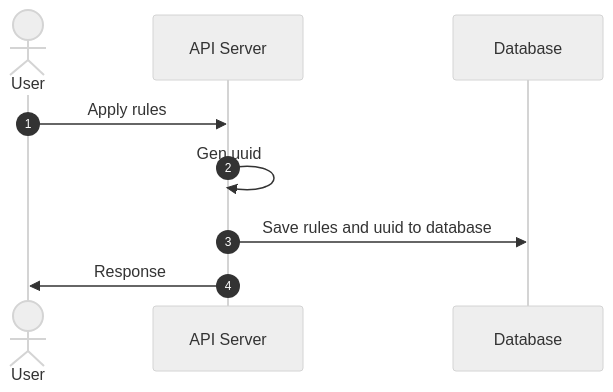
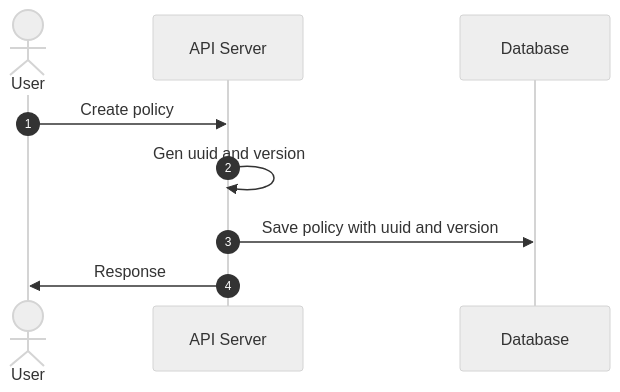
One commit to bamboo-firewall/docs changed the first of 5 diagrams in case-studies/policy/usecase.md. Above: the diagram before and after it, drawn with Mermaid (neutral theme). The commit also changed other lines of this file, not shown here.

Commit message:
INFP-1366-components-and-flow

````diff
--- a/case-studies/policy/usecase.md
+++ b/case-studies/policy/usecase.md
@@ -7,11 +22,11 @@
 ```mermaid
 sequenceDiagram
     autonumber
     actor U as User
     participant APIS as API Server
     participant DB as Database
-    U ->> APIS: Apply rules
-    APIS ->> APIS: Gen uuid
-    APIS ->> DB: Save rules and uuid to database
+    U ->> APIS: Create policy
+    APIS ->> APIS: Gen uuid and version
+    APIS ->> DB: Save policy with uuid and version
     APIS ->> U: Response
 ```
````
